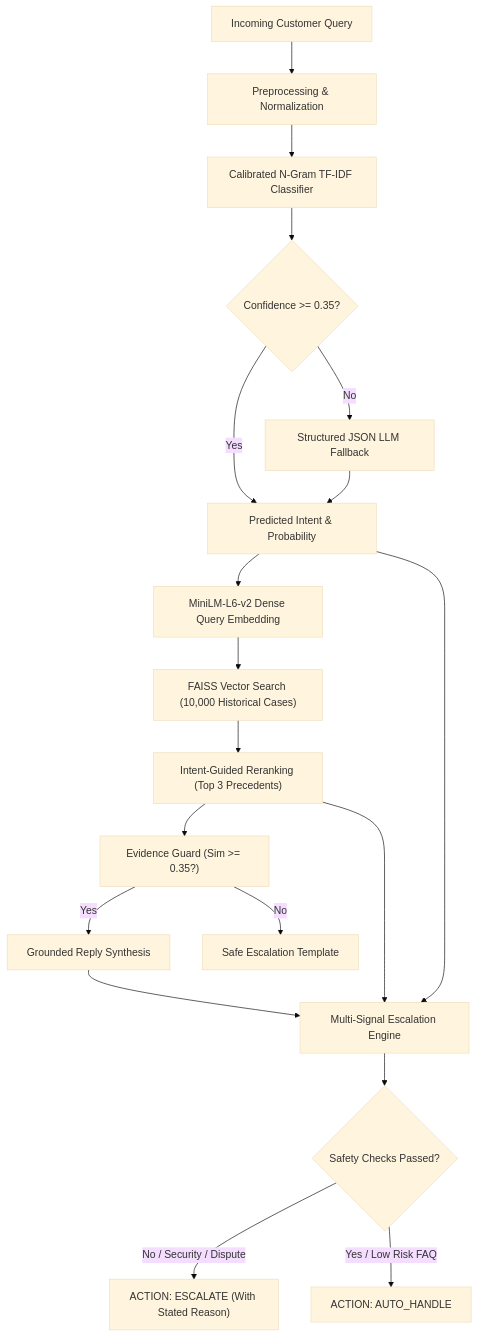
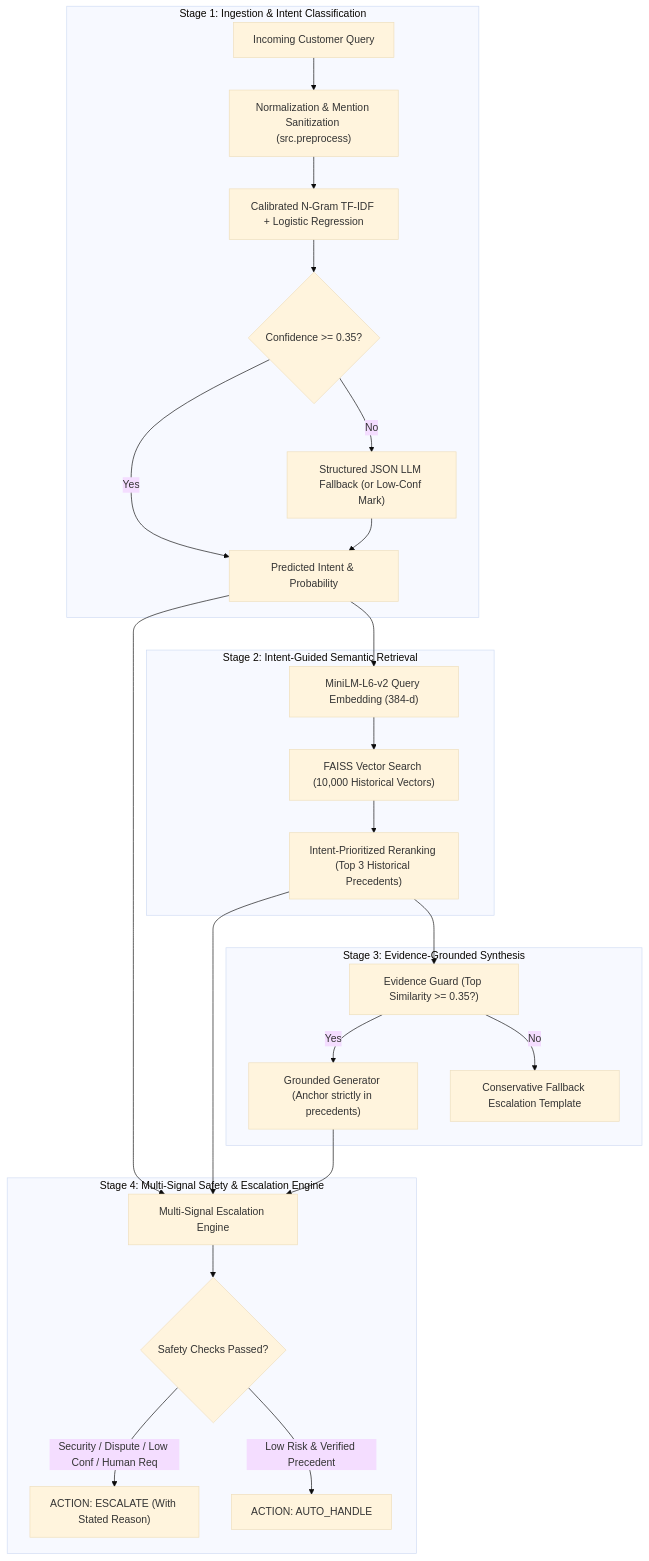
Before and after one commit to vinnu112p/Hiver: the first of 2 diagrams in README.md, drawn with Mermaid (base theme). The commit also changed other lines of this file and 2 other files, not shown here.

````diff
--- a/README.md
+++ b/README.md
@@ -69,21 +45,32 @@
 ```mermaid
 flowchart TD
-    A["Incoming Customer Query"] --> B["Preprocessing & Normalization"]
-    B --> C["Calibrated N-Gram TF-IDF Classifier"]
-    C --> D{"Confidence >= 0.35?"}
-    D -->|Yes| E["Predicted Intent & Probability"]
-    D -->|No| F["Structured JSON LLM Fallback"]
-    F --> E
-    E --> G["MiniLM-L6-v2 Dense Query Embedding"]
-    G --> H["FAISS Vector Search (10,000 Historical Cases)"]
-    H --> I["Intent-Guided Reranking (Top 3 Precedents)"]
-    I --> J["Evidence Guard (Sim >= 0.35?)"]
-    J -->|Yes| K["Grounded Reply Synthesis"]
-    J -->|No| L["Safe Escalation Template"]
-    K --> M["Multi-Signal Escalation Engine"]
-    I --> M
-    E --> M
-    M --> N{"Safety Checks Passed?"}
-    N -->|No / Security / Dispute| O["ACTION: ESCALATE (With Stated Reason)"]
-    N -->|Yes / Low Risk FAQ| P["ACTION: AUTO_HANDLE"]
+    subgraph STAGE1 ["Stage 1: Ingestion & Intent Classification"]
+        A["Incoming Customer Query"] --> B["Normalization & Mention Sanitization (src.preprocess)"]
+        B --> C["Calibrated N-Gram TF-IDF + Logistic Regression"]
+        C --> D{"Confidence >= 0.35?"}
+        D -->|Yes| E["Predicted Intent & Probability"]
+        D -->|No| F["Structured JSON LLM Fallback (or Low-Conf Mark)"]
+        F --> E
+    end
+
+    subgraph STAGE2 ["Stage 2: Intent-Guided Semantic Retrieval"]
+        E --> G["MiniLM-L6-v2 Query Embedding (384-d)"]
+        G --> H["FAISS Vector Search (10,000 Historical Vectors)"]
+        H --> I["Intent-Prioritized Reranking (Top 3 Historical Precedents)"]
+    end
+
+    subgraph STAGE3 ["Stage 3: Evidence-Grounded Synthesis"]
+        I --> J["Evidence Guard (Top Similarity >= 0.35?)"]
+        J -->|Yes| K["Grounded Generator (Anchor strictly in precedents)"]
+        J -->|No| L["Conservative Fallback Escalation Template"]
+    end
+
+    subgraph STAGE4 ["Stage 4: Multi-Signal Safety & Escalation Engine"]
+        E --> M["Multi-Signal Escalation Engine"]
+        I --> M
+        K --> M
+        M --> N{"Safety Checks Passed?"}
+        N -->|Security / Dispute / Low Conf / Human Req| O["ACTION: ESCALATE (With Stated Reason)"]
+        N -->|Low Risk & Verified Precedent| P["ACTION: AUTO_HANDLE"]
+    end
 ```
````
